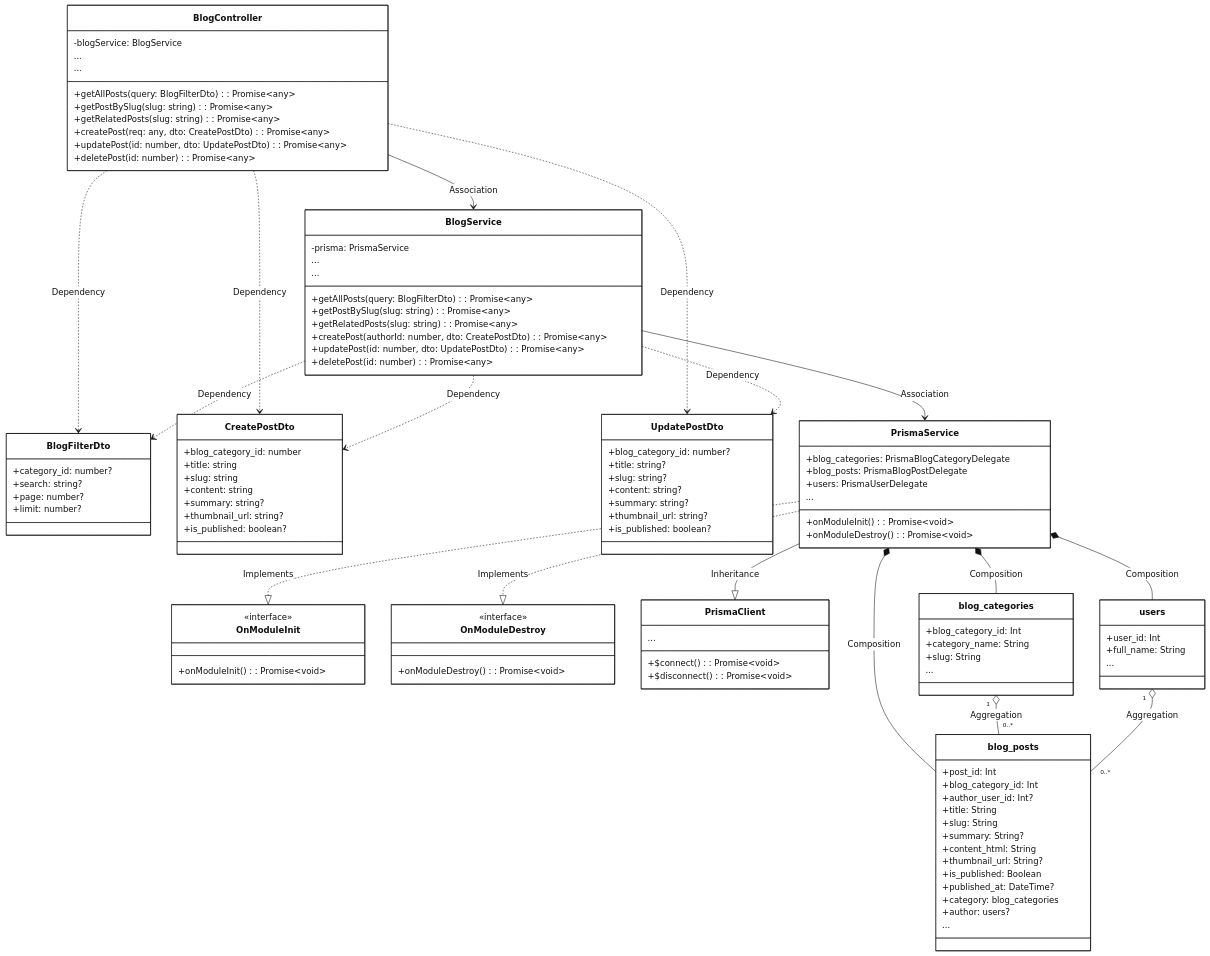
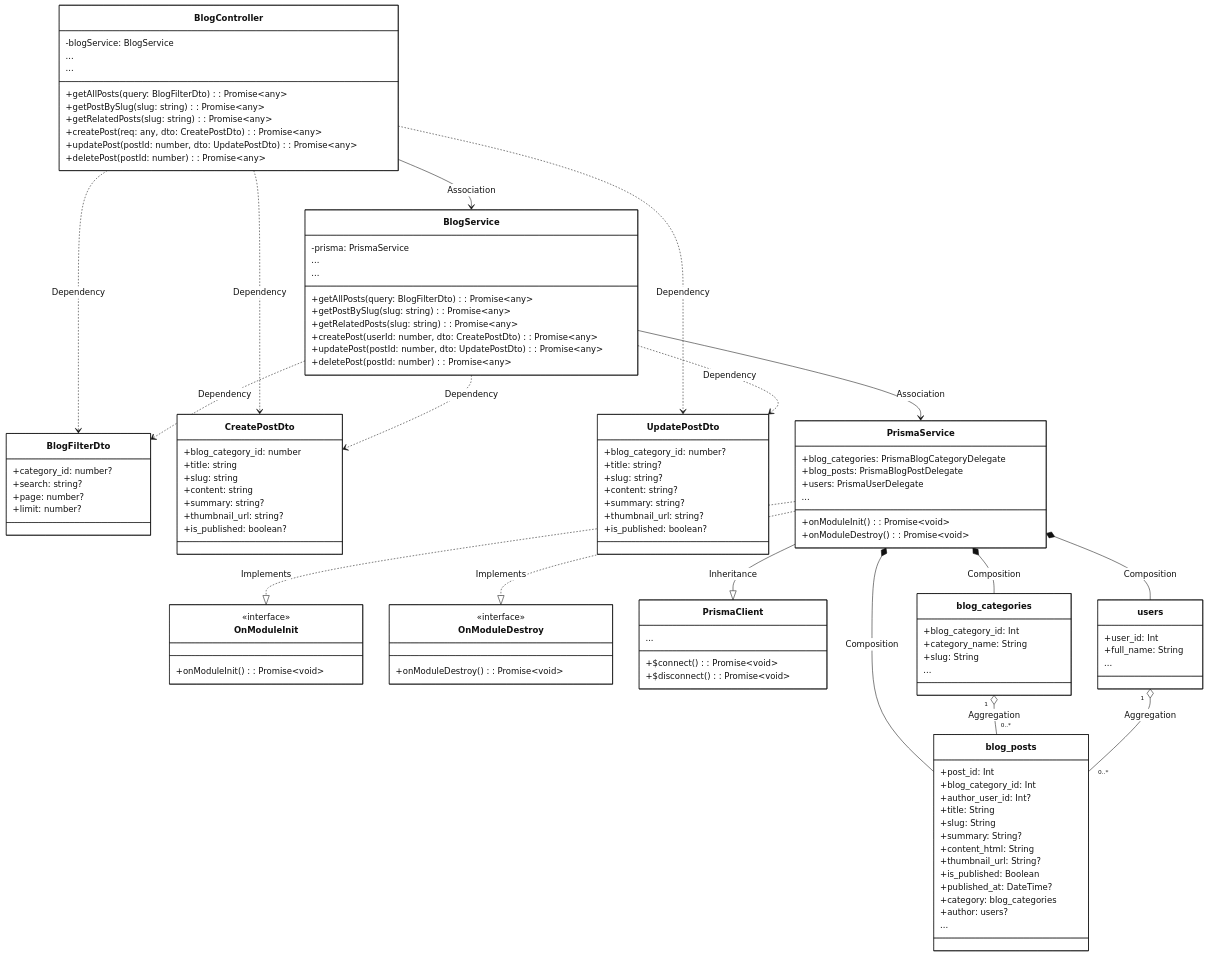
One commit to CuongBC195/class-diagram-donation-blood changed the third of 5 diagrams in modules_mermaid/08_blog.md. Above: the diagram before and after it, drawn with Mermaid. The commit also changed other lines of this file and 30 other files, not shown here.

Commit message:
fix(diagrams): achieve 100% capstone alignment with backend source code across all 13 modules

```diff
--- a/modules_mermaid/08_blog.md
+++ b/modules_mermaid/08_blog.md
@@ -291,8 +303,8 @@
   +getPostBySlug(slug: string): Promise~any~
   +getRelatedPosts(slug: string): Promise~any~
   +createPost(req: any, dto: CreatePostDto): Promise~any~
-  +updatePost(id: number, dto: UpdatePostDto): Promise~any~
-  +deletePost(id: number): Promise~any~
+  +updatePost(postId: number, dto: UpdatePostDto): Promise~any~
+  +deletePost(postId: number): Promise~any~
   ...
 }
 
@@ -329,9 +341,9 @@
   +getAllPosts(query: BlogFilterDto): Promise~any~
   +getPostBySlug(slug: string): Promise~any~
   +getRelatedPosts(slug: string): Promise~any~
-  +createPost(authorId: number, dto: CreatePostDto): Promise~any~
-  +updatePost(id: number, dto: UpdatePostDto): Promise~any~
-  +deletePost(id: number): Promise~any~
+  +createPost(userId: number, dto: CreatePostDto): Promise~any~
+  +updatePost(postId: number, dto: UpdatePostDto): Promise~any~
+  +deletePost(postId: number): Promise~any~
   ...
 }
 
```
